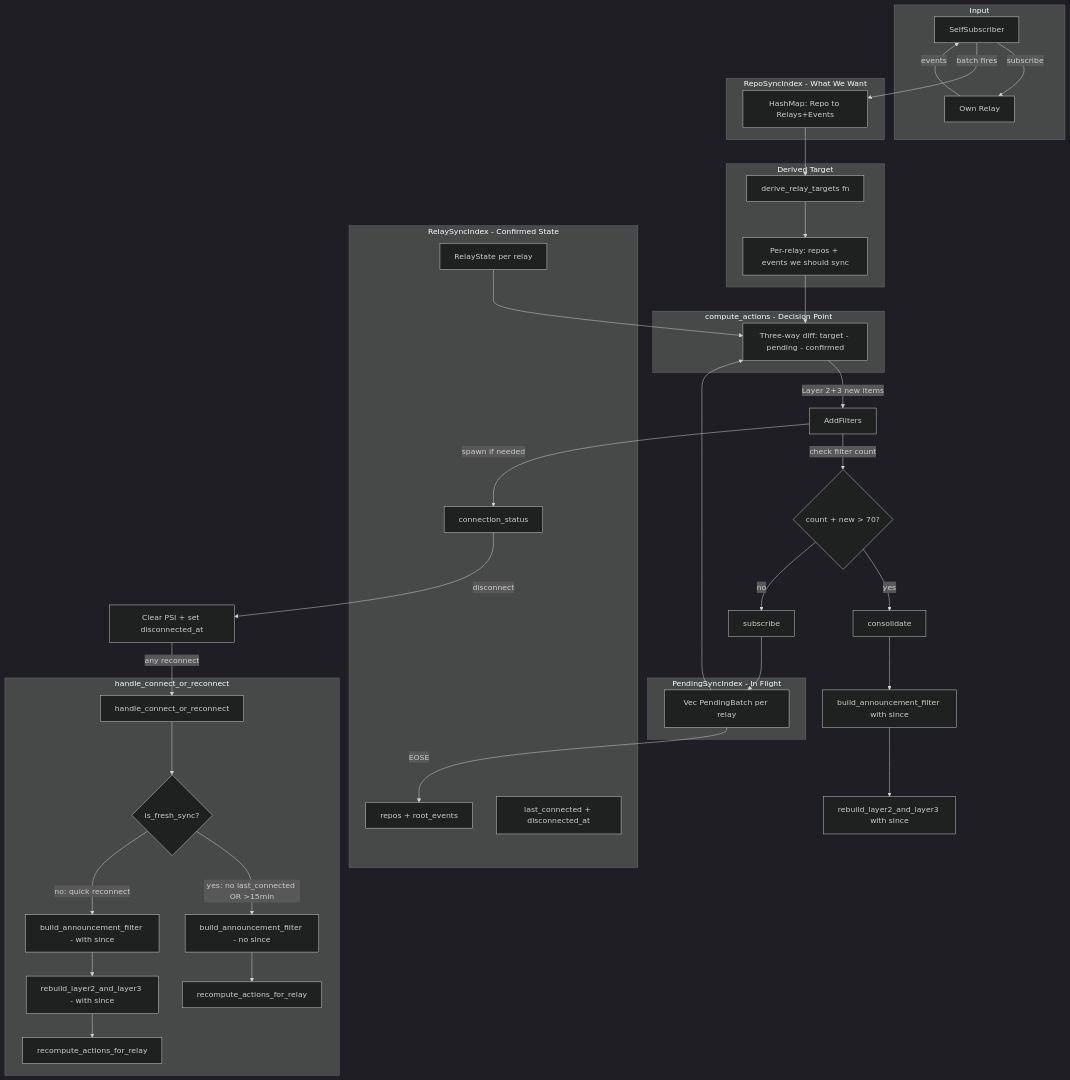
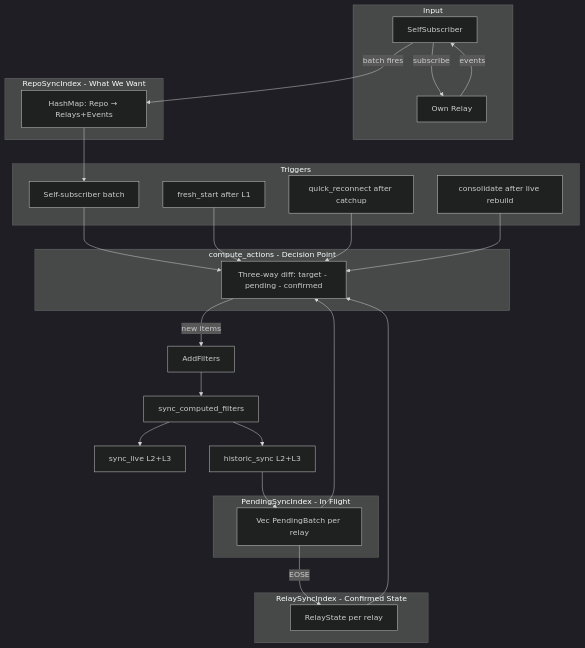
Before and after one commit to Pleb5/ngit-grasp: the ninth of 9 diagrams in docs/explanation/grasp-02-proactive-sync.md, drawn with Mermaid (dark theme). The commit also changed other lines of this file and 3 other files, not shown here.

````diff
--- a/docs/explanation/grasp-02-proactive-sync.md
+++ b/docs/explanation/grasp-02-proactive-sync.md
@@ -426,61 +628,47 @@
 ```mermaid
 flowchart TB
     subgraph Input
         SS[SelfSubscriber]
         OWN[Own Relay]
     end
 
     subgraph RepoSyncIndex - What We Want
-        RSI[HashMap: Repo to Relays+Events]
+        RSI[HashMap: Repo → Relays+Events]
     end
 
-    subgraph Derived Target
-        DT[derive_relay_targets fn]
-        TGT[Per-relay: repos + events we should sync]
+    subgraph Triggers
+        T1[Self-subscriber batch]
+        T2[fresh_start after L1]
+        T3[quick_reconnect after catchup]
+        T4[consolidate after live rebuild]
     end
 
     subgraph compute_actions - Decision Point
         CA[Three-way diff: target - pending - confirmed]
     end
 
     subgraph PendingSyncIndex - In Flight
         PSI[Vec PendingBatch per relay]
     end
 
     subgraph RelaySyncIndex - Confirmed State
         RLI[RelayState per relay]
-        CONN[connection_status]
-        REPOS[repos + root_events]
-        TIMES[last_connected + disconnected_at]
     end
 
     SS -->|subscribe| OWN
     OWN -->|events| SS
     SS -->|batch fires| RSI
-    RSI --> DT
-    DT --> TGT
-    TGT --> CA
+    RSI --> T1
+    T1 --> CA
+    T2 --> CA
+    T3 --> CA
+    T4 --> CA
     PSI --> CA
     RLI --> CA
-    CA -->|Layer 2+3 new items| AF[AddFilters]
-    AF -->|check filter count| CONSOL{count + new > 70?}
-    CONSOL -->|yes| CONSOLIDATE[consolidate]
-    CONSOLIDATE --> L1_CONSOL[build_announcement_filter with since]
-    L1_CONSOL --> L23_CONSOL[rebuild_layer2_and_layer3 with since]
-    CONSOL -->|no| SUB[subscribe]
-    AF -->|spawn if needed| CONN
-    SUB --> PSI
-    PSI -->|EOSE| REPOS
-
-    CONN -->|disconnect| DISC[Clear PSI + set disconnected_at]
-    DISC -->|any reconnect| HC[handle_connect_or_reconnect]
-
-    subgraph handle_connect_or_reconnect
-        HC --> FRESH_CHECK{is_fresh_sync?}
-        FRESH_CHECK -->|yes: no last_connected OR >15min| L1_FRESH[build_announcement_filter - no since]
-        FRESH_CHECK -->|no: quick reconnect| L1_QUICK[build_announcement_filter - with since]
-        L1_FRESH --> RCA1[recompute_actions_for_relay]
-        L1_QUICK --> L23_QUICK[rebuild_layer2_and_layer3 - with since]
-        L23_QUICK --> RCA2[recompute_actions_for_relay]
-    end
+    CA -->|new items| AF[AddFilters]
+    AF --> SFRE[sync_computed_filters]
+    SFRE --> LIVE[sync_live L2+L3]
+    SFRE --> HIST[historic_sync L2+L3]
+    HIST --> PSI
+    PSI -->|EOSE| RLI
 ```
````
